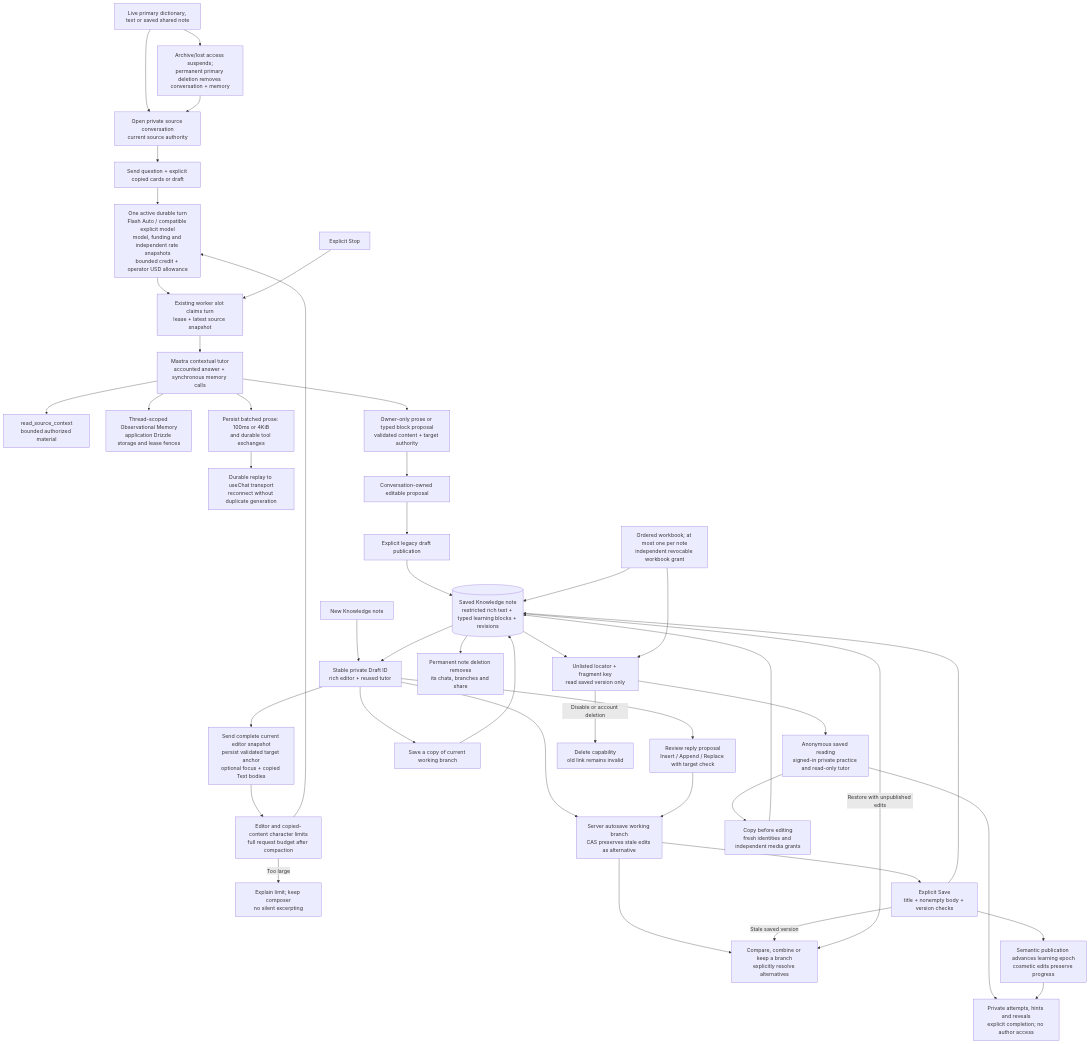
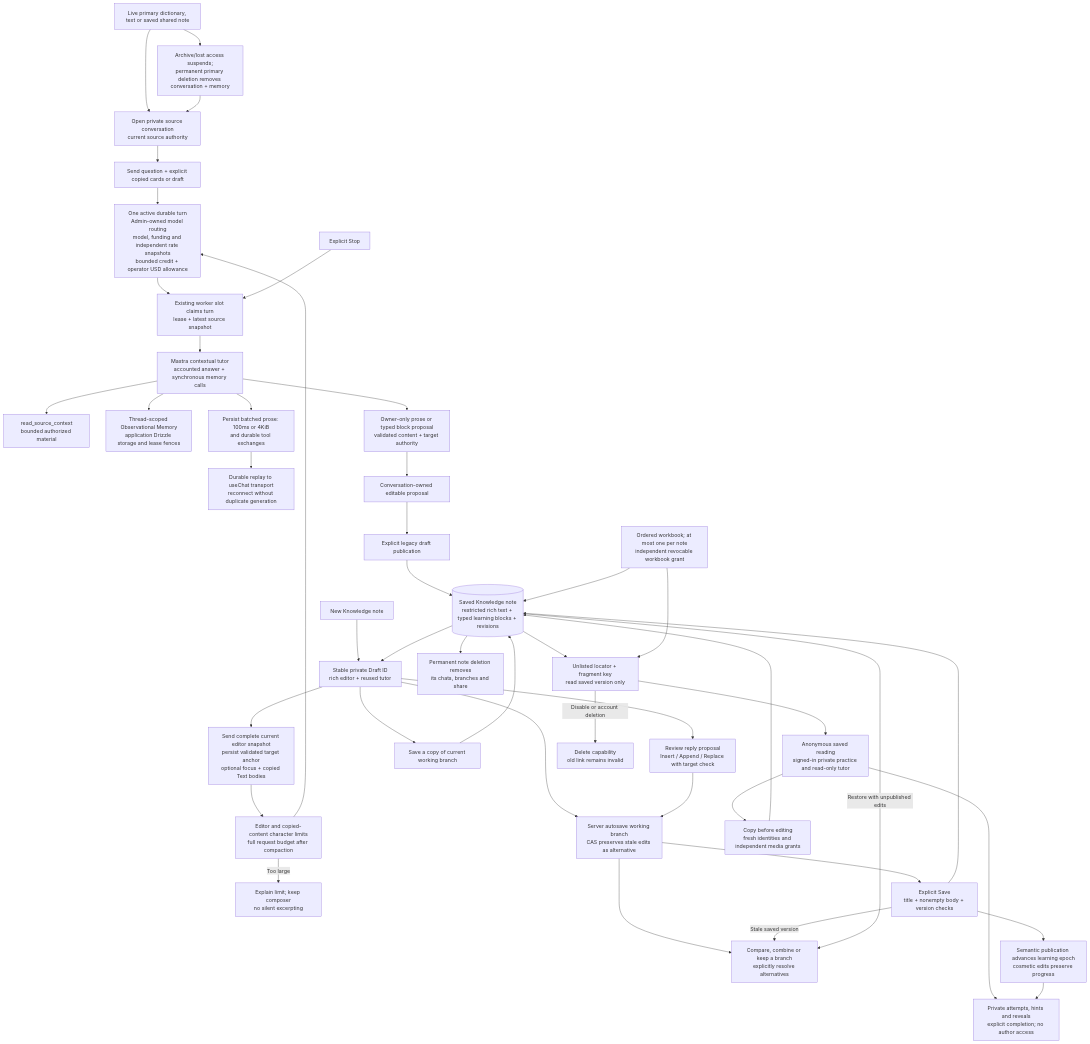
One commit to nickotov/languon-platform changed the diagram in docs/diagrams/conversations-and-knowledge.md. Above: the diagram before and after it, drawn with Mermaid. The commit also changed other lines of this file and 248 other files, not shown here.

````diff
--- a/docs/diagrams/conversations-and-knowledge.md
+++ b/docs/diagrams/conversations-and-knowledge.md
@@ -60,71 +73,71 @@
 ```mermaid
 flowchart TB
     Source["Live primary dictionary, text or saved shared note"] --> Open["Open private source conversation
 current source authority"]
     Open --> Send["Send question + explicit copied cards or draft"]
     New["New Knowledge note"] --> Workspace["Stable private Draft ID
 rich editor + reused tutor"]
     Workspace --> Auto["Server autosave working branch
 CAS preserves stale edits as alternative"]
     Auto --> Resolve["Compare, combine or keep a branch
 explicitly resolve alternatives"]
     Workspace --> WSend["Send complete current editor snapshot
 persist validated target anchor
 optional focus + copied Text bodies"]
     WSend --> Limit["Editor and copied-content character limits
 full request budget after compaction"]
     Limit -->|"Too large"| Reject["Explain limit; keep composer
 no silent excerpting"]
     Limit --> Admission
     Send --> Admission["One active durable turn
-Flash Auto / compatible explicit model
+Admin-owned model routing
 model, funding and independent rate snapshots
 bounded credit + operator USD allowance"]
     Admission --> Worker["Existing worker slot claims turn
 lease + latest source snapshot"]
     Worker --> Tutor["Mastra contextual tutor
 accounted answer + synchronous memory calls"]
     Tutor --> Read["read_source_context
 bounded authorized material"]
     Tutor --> Memory["Thread-scoped Observational Memory
 application Drizzle storage and lease fences"]
     Tutor --> Reply["Persist batched prose: 100ms or 4KiB
 and durable tool exchanges"] --> Replay["Durable replay to useChat transport
 reconnect without duplicate generation"]
     Tutor --> Propose["Owner-only prose or typed block proposal
 validated content + target authority"]
     Propose --> Review["Conversation-owned editable proposal"]
     Review --> Publish["Explicit legacy draft publication"]
     Workspace --> Apply["Review reply proposal
 Insert / Append / Replace with target check"] --> Auto
     Auto --> Save["Explicit Save
 title + nonempty body + version checks"]
     Publish --> Note[("Saved Knowledge note
 restricted rich text + typed learning blocks + revisions")]
     Save --> Note
     Save -->|"Stale saved version"| Resolve
     Note -->|"Restore with unpublished edits"| Resolve
     Workspace --> Copy["Save a copy of current working branch"] --> Note
     Note --> Share["Unlisted locator + fragment key
 read saved version only"]
     Share --> Reader["Anonymous saved reading
 signed-in private practice and read-only tutor"]
     Reader --> Independent["Copy before editing
 fresh identities and independent media grants"] --> Note
     Workbook["Ordered workbook; at most one per note
 independent revocable workbook grant"] --> Share
     Workbook --> Note
     Reader --> Learning["Private attempts, hints and reveals
 explicit completion; no author access"]
     Save --> Epoch["Semantic publication advances learning epoch
 cosmetic edits preserve progress"] --> Learning
     Share -->|"Disable or account deletion"| Revoke["Delete capability
 old link remains invalid"]
     Note --> Workspace
     Note --> NoteDelete["Permanent note deletion removes
 its chats, branches and share"]
     Stop["Explicit Stop"] --> Worker
     Source --> Lifecycle["Archive/lost access suspends;
 permanent primary deletion removes conversation + memory"]
     Lifecycle --> Open
 ```
````
